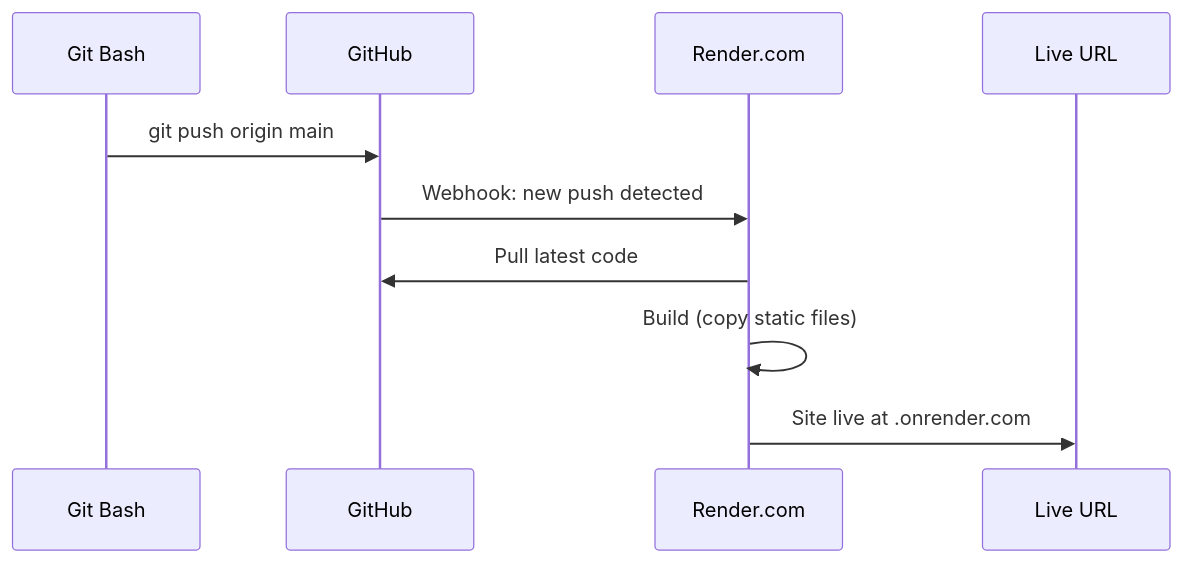
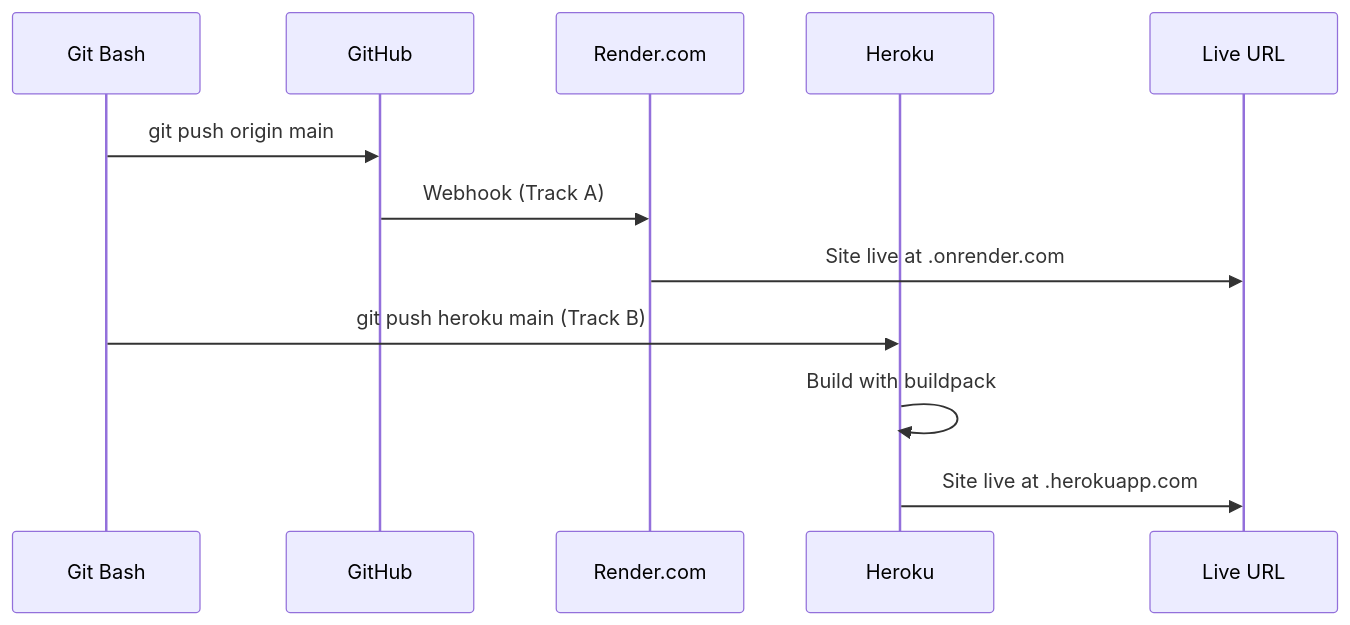
The diagram in labs/lab-10-deployment/README.md (sarowar-alam/git-complete-guide), drawn with Mermaid before and after one commit. The commit also changed other lines of this file and 1 other file, not shown here.

Commit message:
feat: add full Heroku deployment steps to docs/13 and lab-10 (Track A/B)

````diff
--- a/labs/lab-10-deployment/README.md
+++ b/labs/lab-10-deployment/README.md
@@ -11,13 +15,16 @@
 ```mermaid
 sequenceDiagram
     participant Local as Git Bash
     participant GH as GitHub
     participant Render as Render.com
+    participant Heroku as Heroku
     participant Browser as Live URL
 
     Local->>GH: git push origin main
-    GH->>Render: Webhook: new push detected
-    Render->>GH: Pull latest code
-    Render->>Render: Build (copy static files)
+    GH->>Render: Webhook (Track A)
     Render->>Browser: Site live at .onrender.com
+
+    Local->>Heroku: git push heroku main (Track B)
+    Heroku->>Heroku: Build with buildpack
+    Heroku->>Browser: Site live at .herokuapp.com
 ```
````
